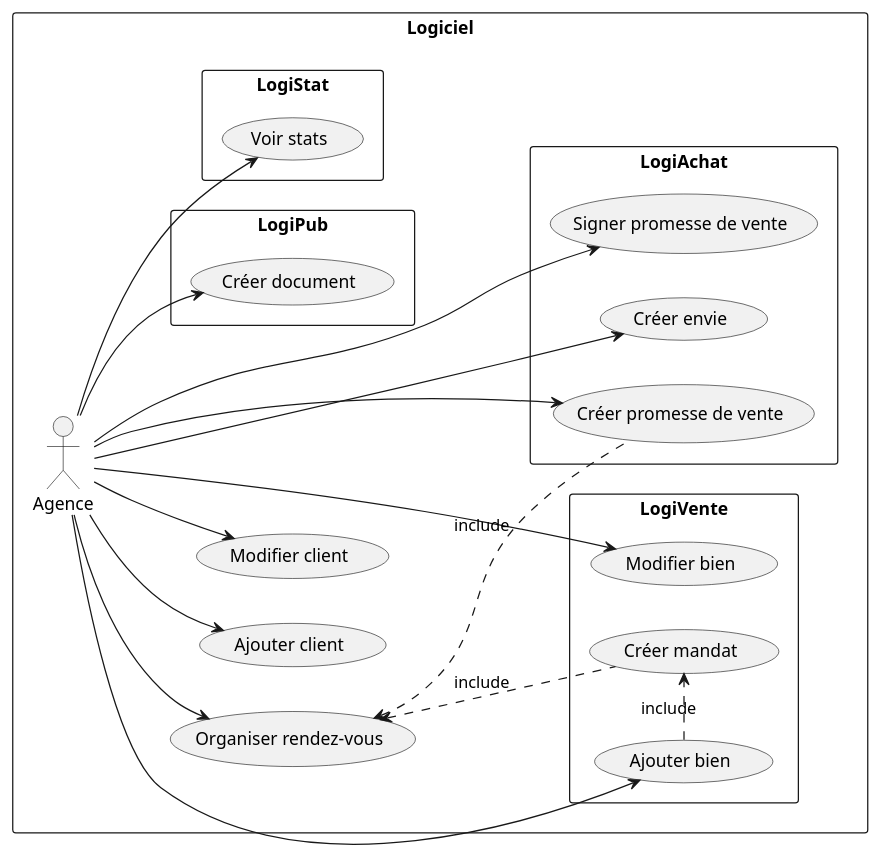
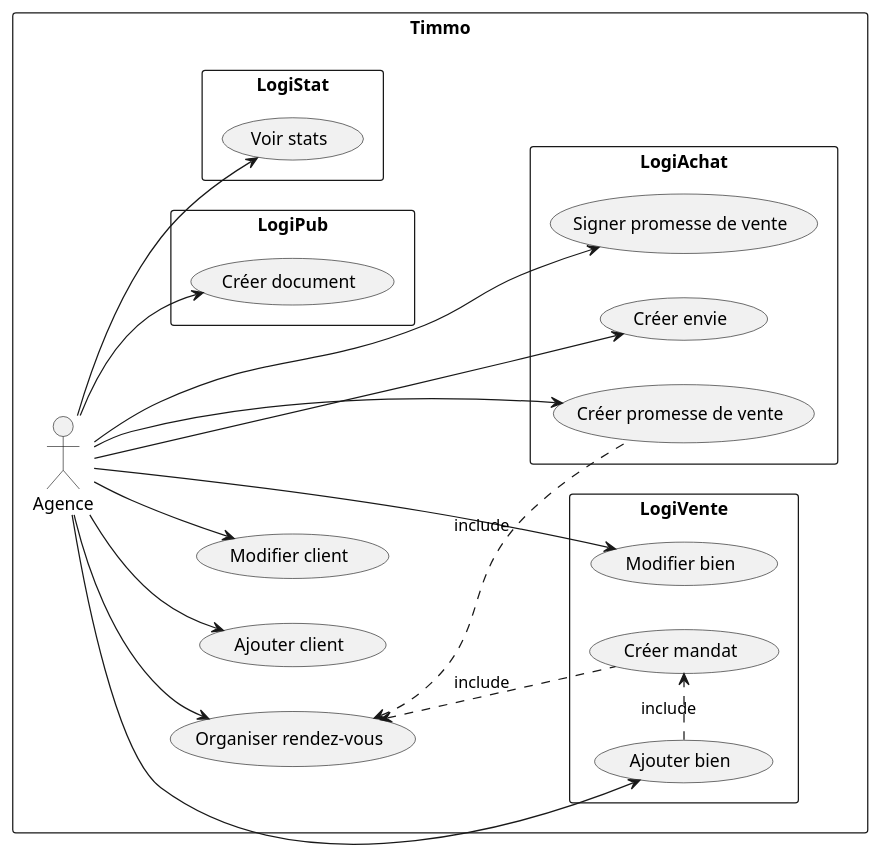
Before and after one commit to DenisGuiraudet/MIASHS_UML_PTUT: the diagram in DOC/UML/diagUseCase.plantuml, drawn with PlantUML. The commit also changed 8 other files, not shown here.

```diff
--- a/DOC/UML/diagUseCase.plantuml
+++ b/DOC/UML/diagUseCase.plantuml
@@ -2,38 +2,38 @@
 @startuml
 
 left to right direction
 
-rectangle "Logiciel" {
+rectangle "Timmo" {
 
   (Organiser rendez-vous)
 
   Agence --> (Ajouter client)
   Agence --> (Modifier client)
   Agence --> (Organiser rendez-vous)
 
   rectangle "LogiVente"{
     (Ajouter bien) .right.> (Créer mandat) : include
     Agence --> (Modifier bien)
     Agence --> (Ajouter bien)
     (Créer mandat) .up.> (Organiser rendez-vous) : include
   }
 
   rectangle "LogiAchat"{
     Agence --> (Créer promesse de vente)
     Agence --> (Créer envie)
     (Créer promesse de vente) .up.> (Organiser rendez-vous) : include
     Agence --> (Signer promesse de vente)
   }
 
   rectangle "LogiPub"{
     Agence --> (Créer document)
   }
 
   rectangle "LogiStat"{
     Agence --> (Voir stats)
   }
 
 }
 
 
 @enduml
```
